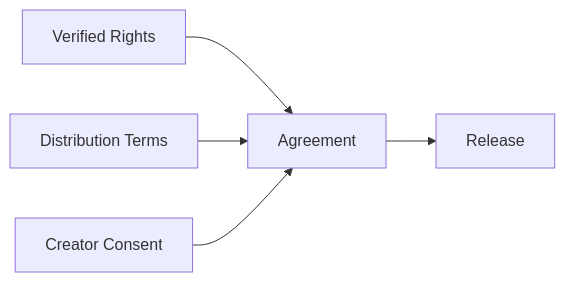
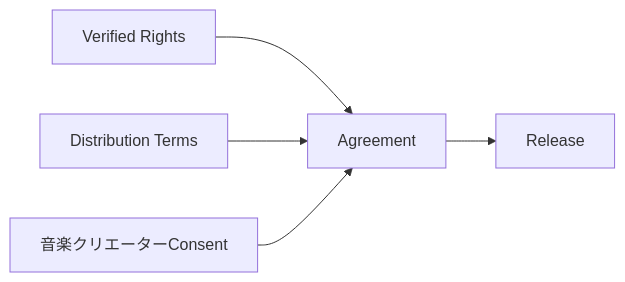
Before and after one commit to ShigeichiroYamasaki/creator-first-platform: diagram 12 of 29 in docs/whitepaper/05-creator-onboarding.md, drawn with Mermaid. The commit also changed other lines of this file and 67 other files, not shown here.

````diff
--- a/docs/whitepaper/05-creator-onboarding.md
+++ b/docs/whitepaper/05-creator-onboarding.md
@@ -408,13 +408,13 @@
 ```mermaid
 flowchart LR
     RIGHTS[Verified Rights]
     TERMS[Distribution Terms]
-    CONSENT[Creator Consent]
+    CONSENT[音楽クリエーターConsent]
     CONTRACT[Agreement]
     RELEASE[Release]
 
     RIGHTS --> CONTRACT
     TERMS --> CONTRACT
     CONSENT --> CONTRACT
     CONTRACT --> RELEASE
 ```
````
